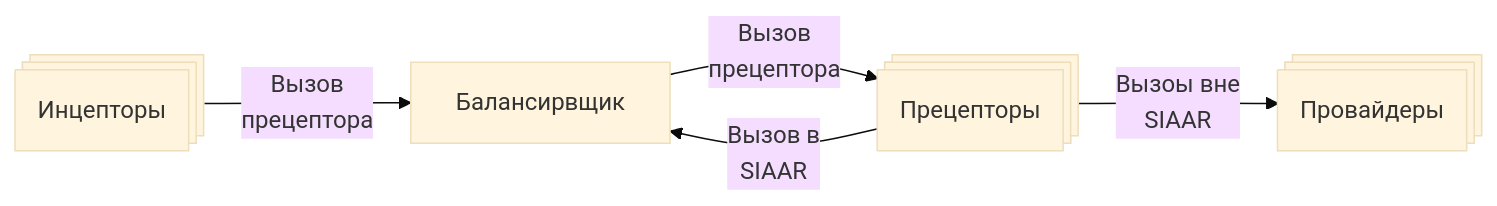
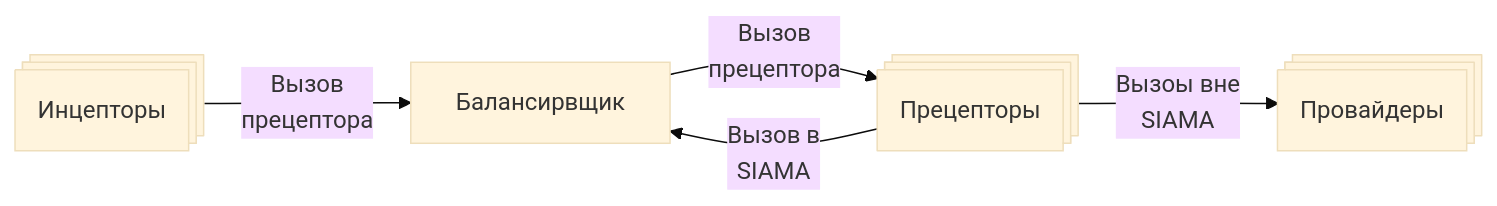
One commit to johnthesmith/scraps changed the fourth of 5 diagrams in ru/siama.md. Above: the diagram before and after it, drawn with Mermaid (base theme). The commit also changed other lines of this file, not shown here.

````diff
--- a/ru/siama.md
+++ b/ru/siama.md
@@ -110,13 +110,13 @@
 ```mermaid
 flowchart LR
 
     balancer_inner[ Балансирвщик ]
     inceptor([Инцепторы])@{ shape: processes }
     provider([Провайдеры])@{ shape: processes }
     preceptor([Прецепторы])@{ shape: processes }
 
     inceptor --> |Вызов <br> прецептора| balancer_inner
     balancer_inner --> |Вызов <br> прецептора| preceptor
-    preceptor --> |Вызов в<br> SIAAR| balancer_inner
-    preceptor --> |Вызоы вне<br> SIAAR| provider
+    preceptor --> |Вызов в<br> SIAMA| balancer_inner
+    preceptor --> |Вызоы вне<br> SIAMA| provider
 ```
````
